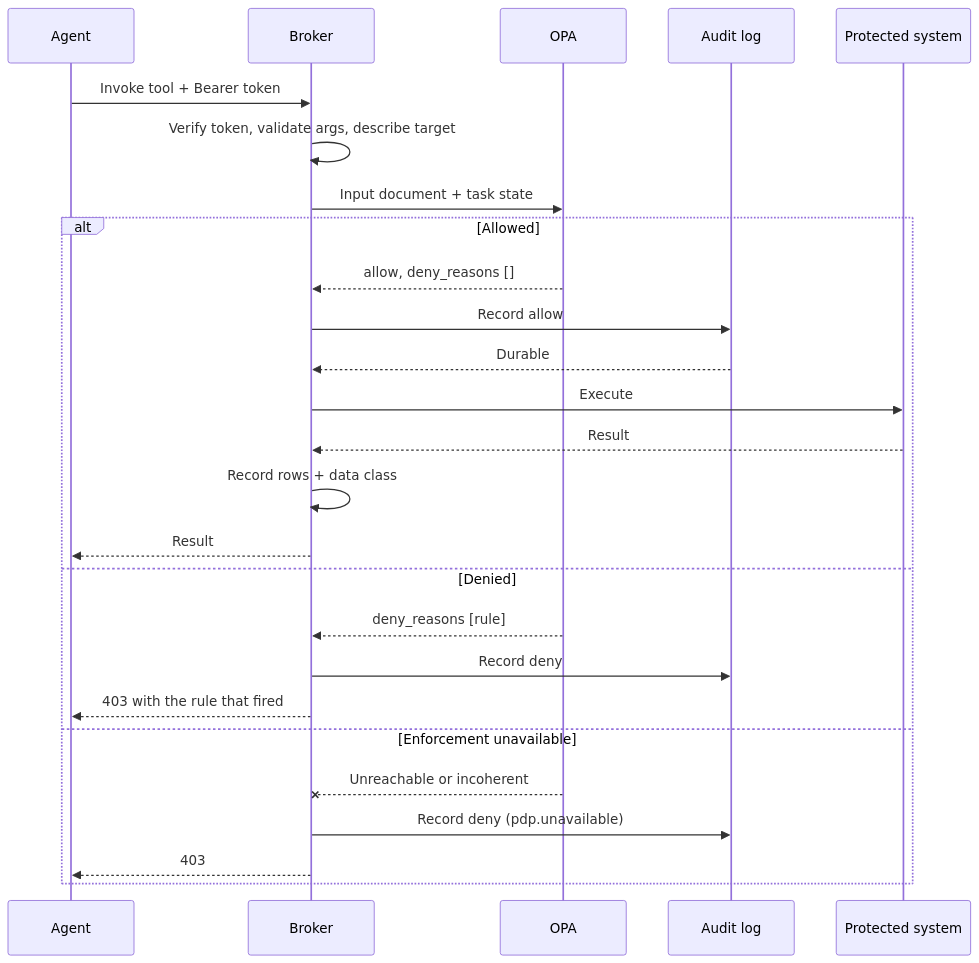
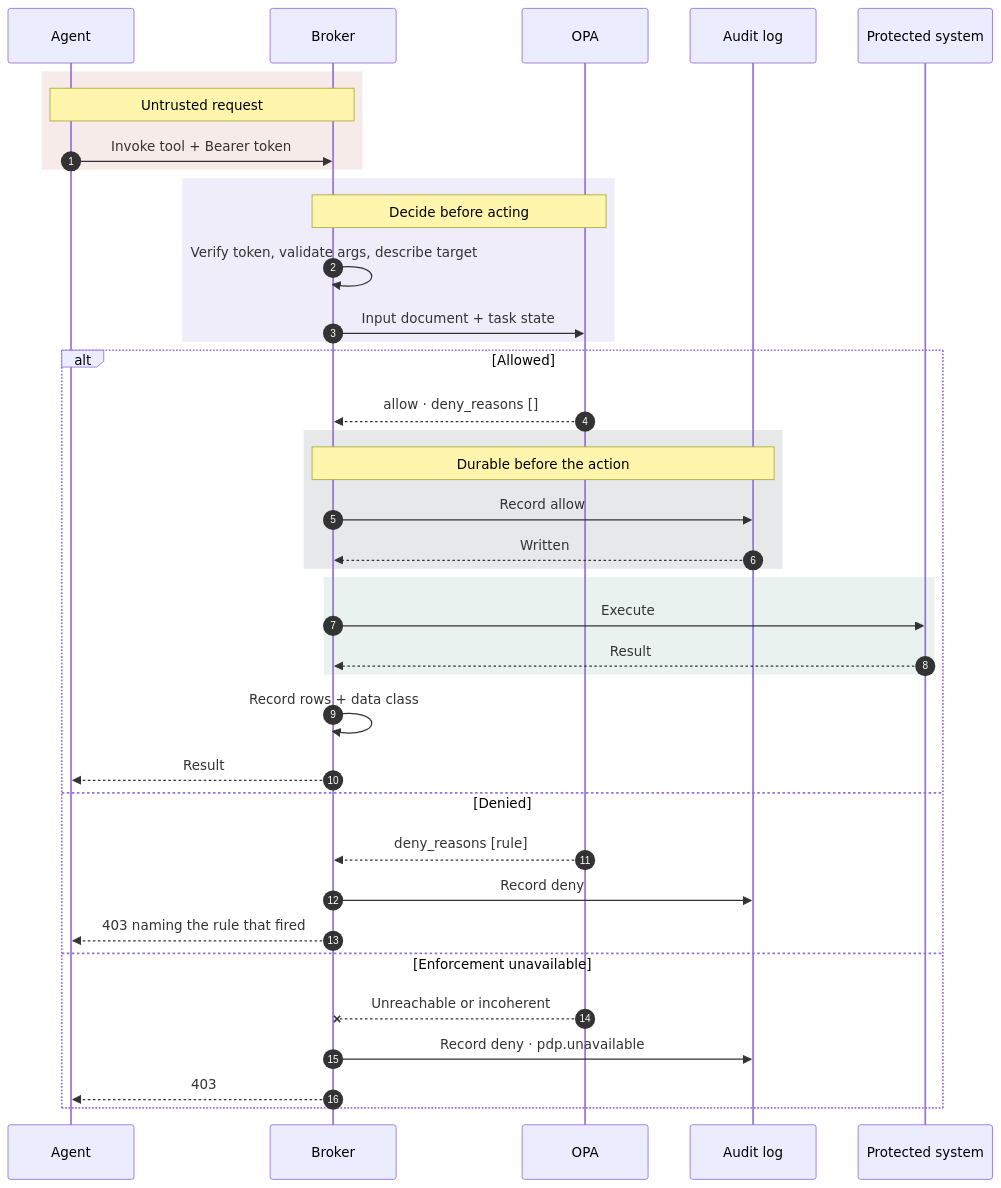
Before and after one commit to slavikztsv/warden: the fourth of 5 diagrams in README.md, drawn with Mermaid. The commit also changed other lines of this file, not shown here.

First line of the commit message:
docs: give the diagrams a colour system, and chart the live results

````diff
--- a/README.md
+++ b/README.md
@@ -623,29 +704,43 @@
 ```mermaid
 sequenceDiagram
+    autonumber
     participant A as Agent
     participant B as Broker
     participant P as OPA
     participant L as Audit log
     participant T as Protected system
 
-    A->>B: Invoke tool + Bearer token
-    B->>B: Verify token, validate args, describe target
-    B->>P: Input document + task state
+    rect rgba(178, 58, 52, 0.10)
+        Note over A,B: Untrusted request
+        A->>B: Invoke tool + Bearer token
+    end
+
+    rect rgba(109, 79, 214, 0.10)
+        Note over B,P: Decide before acting
+        B->>B: Verify token, validate args, describe target
+        B->>P: Input document + task state
+    end
+
     alt Allowed
-        P-->>B: allow, deny_reasons []
-        B->>L: Record allow
-        L-->>B: Durable
-        B->>T: Execute
-        T-->>B: Result
+        P-->>B: allow · deny_reasons []
+        rect rgba(55, 71, 79, 0.12)
+            Note over B,L: Durable before the action
+            B->>L: Record allow
+            L-->>B: Written
+        end
+        rect rgba(46, 125, 91, 0.10)
+            B->>T: Execute
+            T-->>B: Result
+        end
         B->>B: Record rows + data class
         B-->>A: Result
     else Denied
         P-->>B: deny_reasons [rule]
         B->>L: Record deny
-        B-->>A: 403 with the rule that fired
+        B-->>A: 403 naming the rule that fired
     else Enforcement unavailable
         P--xB: Unreachable or incoherent
-        B->>L: Record deny (pdp.unavailable)
+        B->>L: Record deny · pdp.unavailable
         B-->>A: 403
     end
 ```
````
